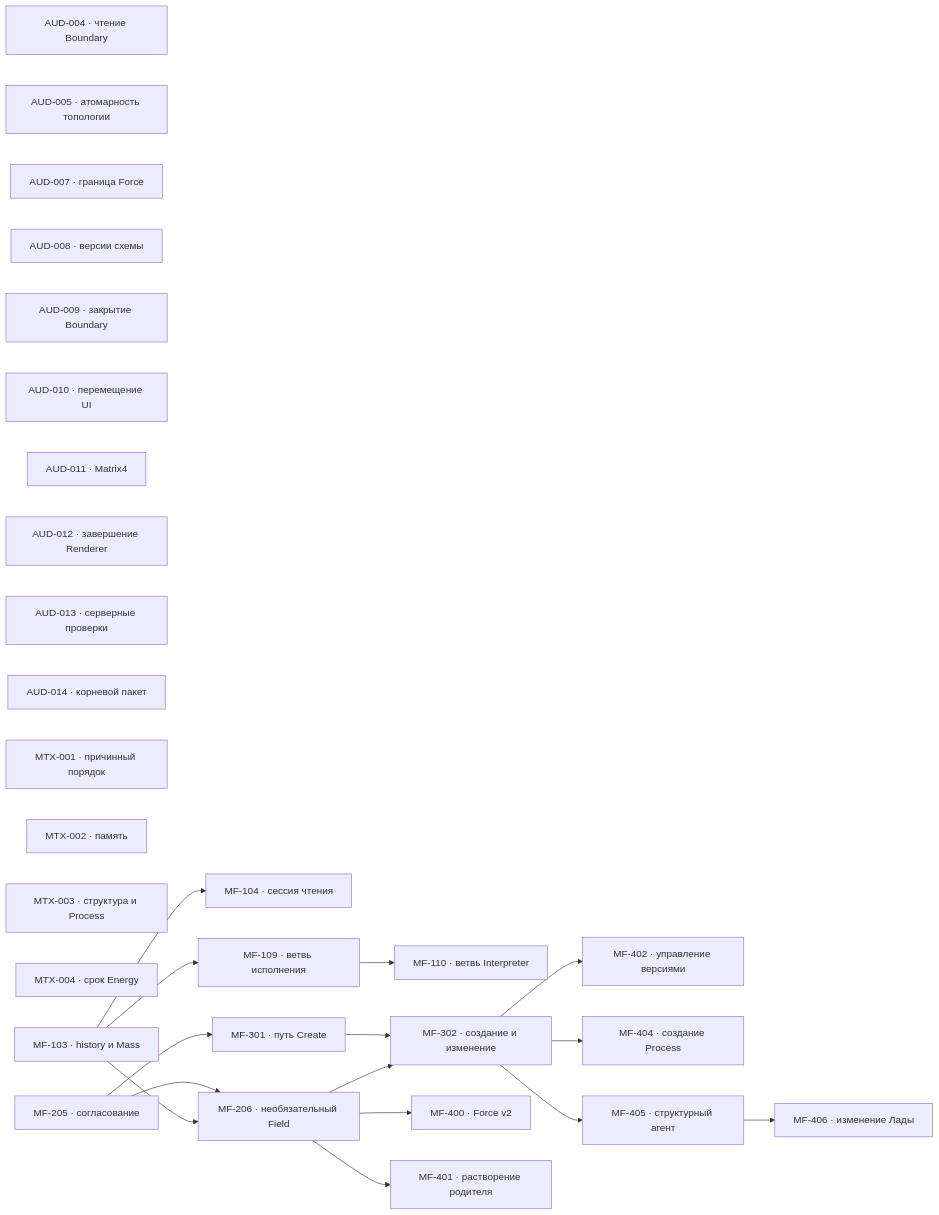
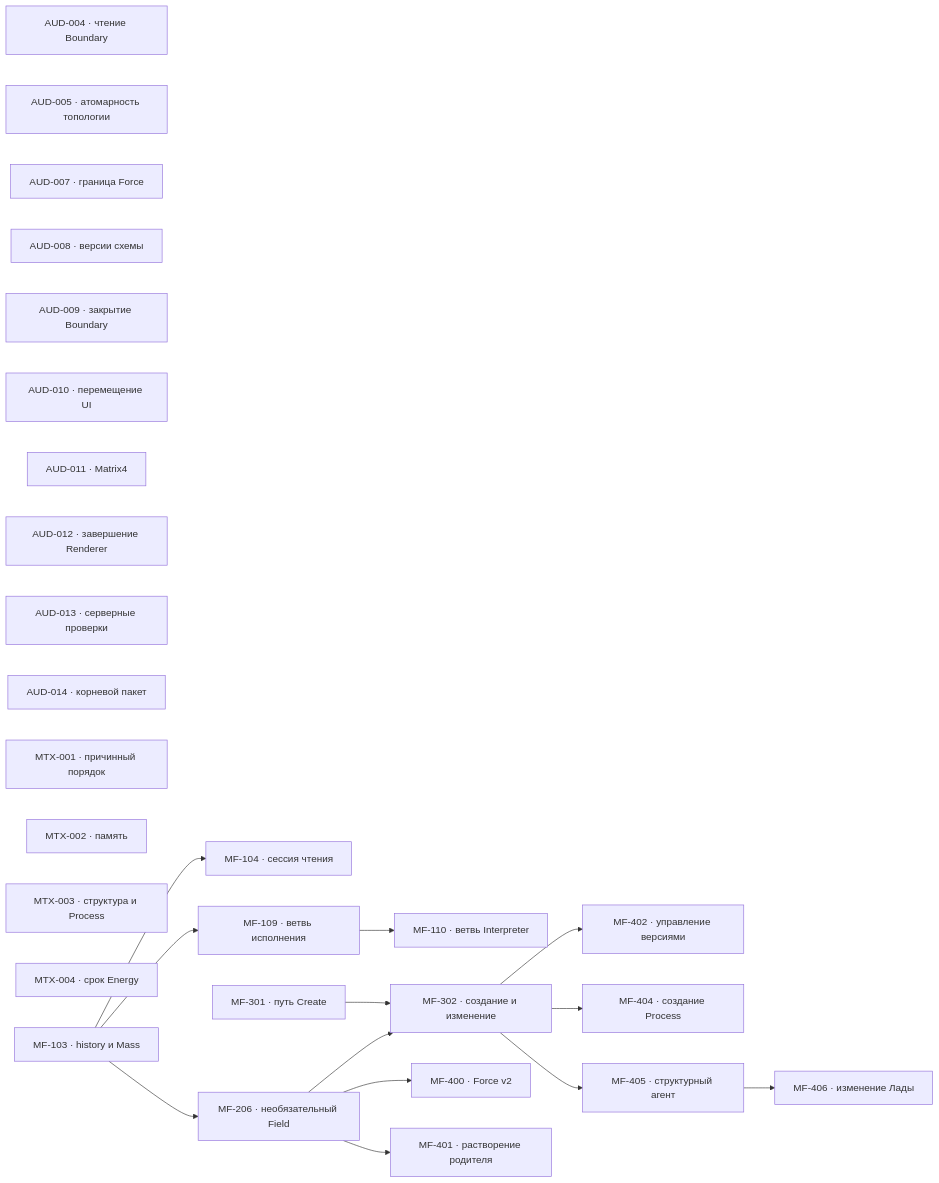
Before and after one commit to zavx0z/metafor: the diagram in project/TODO.md, drawn with Mermaid. The commit also changed other lines of this file and 1 other file, not shown here.

````diff
--- a/project/TODO.md
+++ b/project/TODO.md
@@ -13,46 +13,43 @@
 ```mermaid
 flowchart LR
     AUD004["AUD-004 · чтение Boundary"]
     AUD005["AUD-005 · атомарность топологии"]
     AUD007["AUD-007 · граница Force"]
     AUD008["AUD-008 · версии схемы"]
     AUD009["AUD-009 · закрытие Boundary"]
     AUD010["AUD-010 · перемещение UI"]
     AUD011["AUD-011 · Matrix4"]
     AUD012["AUD-012 · завершение Renderer"]
     AUD013["AUD-013 · серверные проверки"]
     AUD014["AUD-014 · корневой пакет"]
     MTX001["MTX-001 · причинный порядок"]
     MTX002["MTX-002 · память"]
     MTX003["MTX-003 · структура и Process"]
     MTX004["MTX-004 · срок Energy"]
     MF103["MF-103 · history и Mass"]
     MF104["MF-104 · сессия чтения"]
     MF109["MF-109 · ветвь исполнения"]
     MF110["MF-110 · ветвь Interpreter"]
-    MF205["MF-205 · согласование"]
     MF206["MF-206 · необязательный Field"]
     MF301["MF-301 · путь Create"]
     MF302["MF-302 · создание и изменение"]
     MF400["MF-400 · Force v2"]
     MF401["MF-401 · растворение родителя"]
     MF402["MF-402 · управление версиями"]
     MF404["MF-404 · создание Process"]
     MF405["MF-405 · структурный агент"]
     MF406["MF-406 · изменение Лады"]
 
     MF103 --> MF104
     MF103 --> MF109
     MF109 --> MF110
-    MF205 --> MF206
     MF103 --> MF206
-    MF205 --> MF301
     MF301 --> MF302
     MF206 --> MF302
     MF206 --> MF400
     MF206 --> MF401
     MF302 --> MF402
     MF302 --> MF404
     MF302 --> MF405
     MF405 --> MF406
 ```
````
